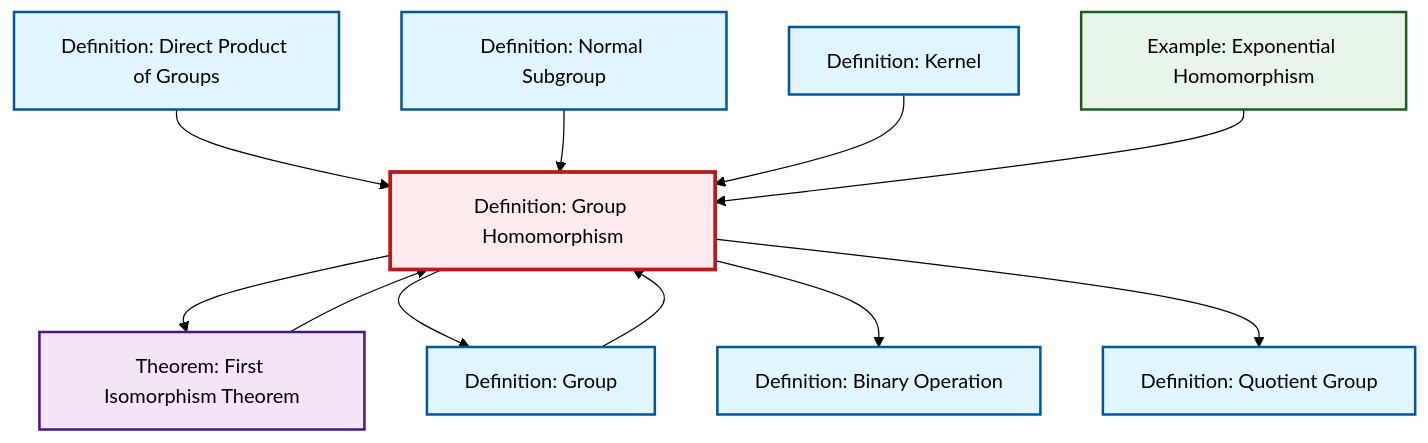
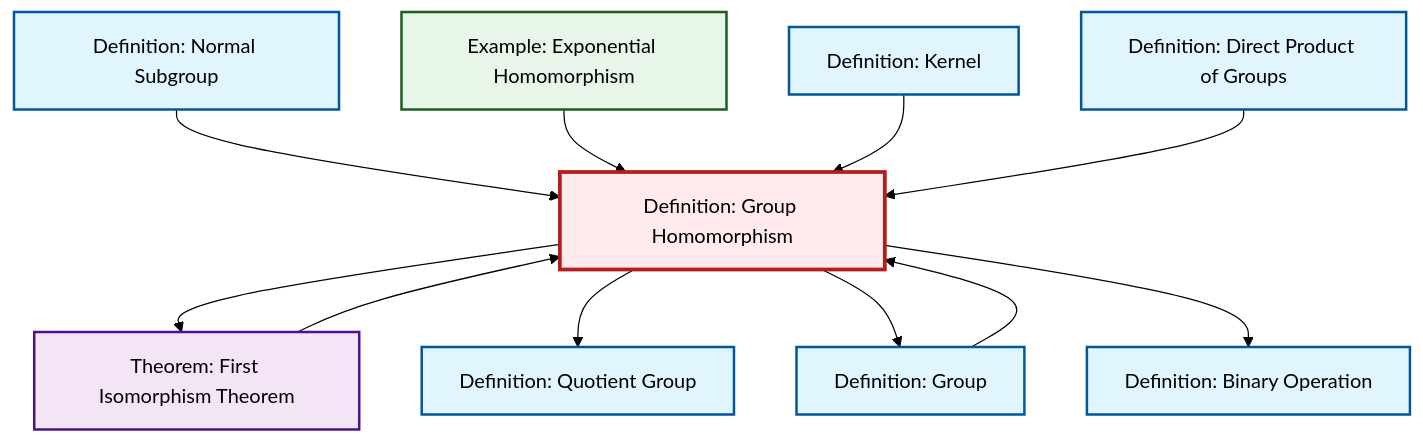
Before and after one commit to RK0429/ModernMath: the diagram in content/ja/algebra/def-homomorphism.qmd, drawn with Mermaid (forest theme). The commit also changed other lines of this file and 531 other files, not shown here.

````diff
--- a/content/ja/algebra/def-homomorphism.qmd
+++ b/content/ja/algebra/def-homomorphism.qmd
@@ -65,37 +65,37 @@
 ```{mermaid}
 %%| fig-cap: "Local dependency graph"
 graph TD
     classDef definition fill:#e1f5fe,stroke:#01579b,stroke-width:2px
     classDef theorem fill:#f3e5f5,stroke:#4a148c,stroke-width:2px
     classDef axiom fill:#fff3e0,stroke:#e65100,stroke-width:2px
     classDef example fill:#e8f5e9,stroke:#1b5e20,stroke-width:2px
     classDef current fill:#ffebee,stroke:#b71c1c,stroke-width:3px
+    def-kernel["Definition: Kernel"]:::definition
+    def-quotient-group["Definition: Quotient Group"]:::definition
+    thm-first-isomorphism["Theorem: First Isomorphism Theorem"]:::theorem
+    def-group["Definition: Group"]:::definition
     def-normal-subgroup["Definition: Normal Subgroup"]:::definition
-    thm-first-isomorphism["Theorem: First Isomorphism Theorem"]:::theorem
-    def-kernel["Definition: Kernel"]:::definition
-    def-homomorphism["Definition: Group Homomorphism"]:::definition
-    def-quotient-group["Definition: Quotient Group"]:::definition
     def-binary-operation["Definition: Binary Operation"]:::definition
     def-direct-product["Definition: Direct Product of Groups"]:::definition
-    def-group["Definition: Group"]:::definition
     ex-exponential-homomorphism["Example: Exponential Homomorphism"]:::example
+    def-homomorphism["Definition: Group Homomorphism"]:::definition
+    def-homomorphism --> thm-first-isomorphism
+    def-normal-subgroup --> def-homomorphism
+    def-group --> def-homomorphism
+    ex-exponential-homomorphism --> def-homomorphism
+    def-kernel --> def-homomorphism
+    def-direct-product --> def-homomorphism
     thm-first-isomorphism --> def-homomorphism
-    def-homomorphism --> thm-first-isomorphism
+    def-homomorphism --> def-quotient-group
     def-homomorphism --> def-group
-    def-direct-product --> def-homomorphism
-    def-group --> def-homomorphism
-    def-normal-subgroup --> def-homomorphism
     def-homomorphism --> def-binary-operation
-    def-kernel --> def-homomorphism
-    ex-exponential-homomorphism --> def-homomorphism
-    def-homomorphism --> def-quotient-group
     class def-homomorphism current
-    click def-normal-subgroup "def-normal-subgroup.html" "Definition: Normal Subgroupへ"
-    click thm-first-isomorphism "thm-first-isomorphism.html" "Theorem: First Isomorphism Theoremへ"
     click def-kernel "def-kernel.html" "Definition: Kernelへ"
     click def-quotient-group "def-quotient-group.html" "Definition: Quotient Groupへ"
+    click thm-first-isomorphism "thm-first-isomorphism.html" "Theorem: First Isomorphism Theoremへ"
+    click def-group "def-group.html" "Definition: Groupへ"
+    click def-normal-subgroup "def-normal-subgroup.html" "Definition: Normal Subgroupへ"
     click def-binary-operation "def-binary-operation.html" "Definition: Binary Operationへ"
     click def-direct-product "def-direct-product.html" "Definition: Direct Product of Groupsへ"
-    click def-group "def-group.html" "Definition: Groupへ"
     click ex-exponential-homomorphism "ex-exponential-homomorphism.html" "Example: Exponential Homomorphismへ"
 ```
````
